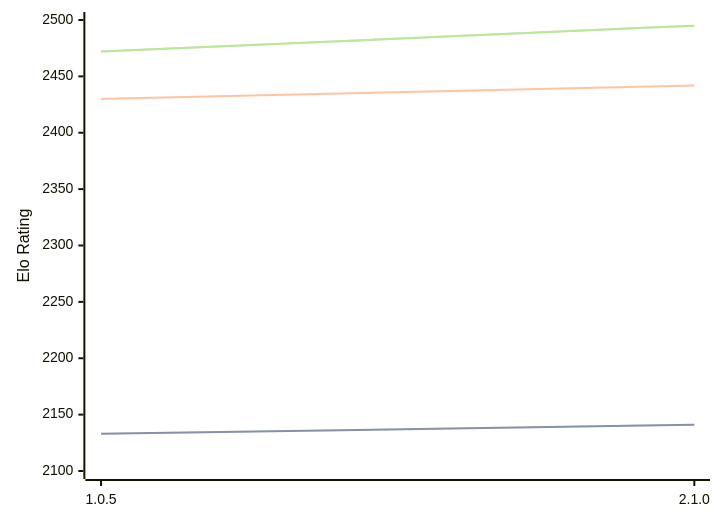
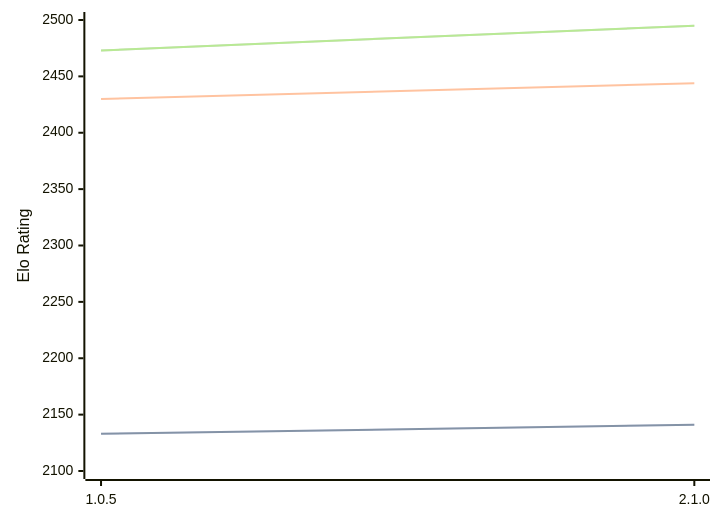
The third of 3 diagrams in engines/Ruffian.md (computer-chess-index/cci), drawn with Mermaid before and after one commit. The commit also changed other lines of this file, not shown here.

Commit message:
Update CCI Ratings (ELO VLTC) - 2026-07-02

````diff
--- a/engines/Ruffian.md
+++ b/engines/Ruffian.md
@@ -65,11 +65,11 @@
 ```mermaid
 %%{init: {"theme":"base","themeVariables":{"seriesColors:['#a3a3a3','#222221','#faa371']}}}%%
 xychart-beta
   x-axis ["1.0.5", "2.1.0"]
   y-axis "Elo Rating" 2100 --> 2500
   line "STC (8.0+0.08s)" [2133, 2141]
   line "STC (8.0+0.08s)" [2133, 2141]
-  line "LTC (60.0+0.60s)" [2430, 2442]
-  line "VLTC (2m24s+1.12s)" [2472, 2495]
-  line "VLTC (2m24s+1.12s)" [2472, 2495]
+  line "LTC (60.0+0.60s)" [2430, 2444]
+  line "VLTC (2m24s+1.12s)" [2473, 2495]
+  line "VLTC (2m24s+1.12s)" [2473, 2495]
 ```
````
